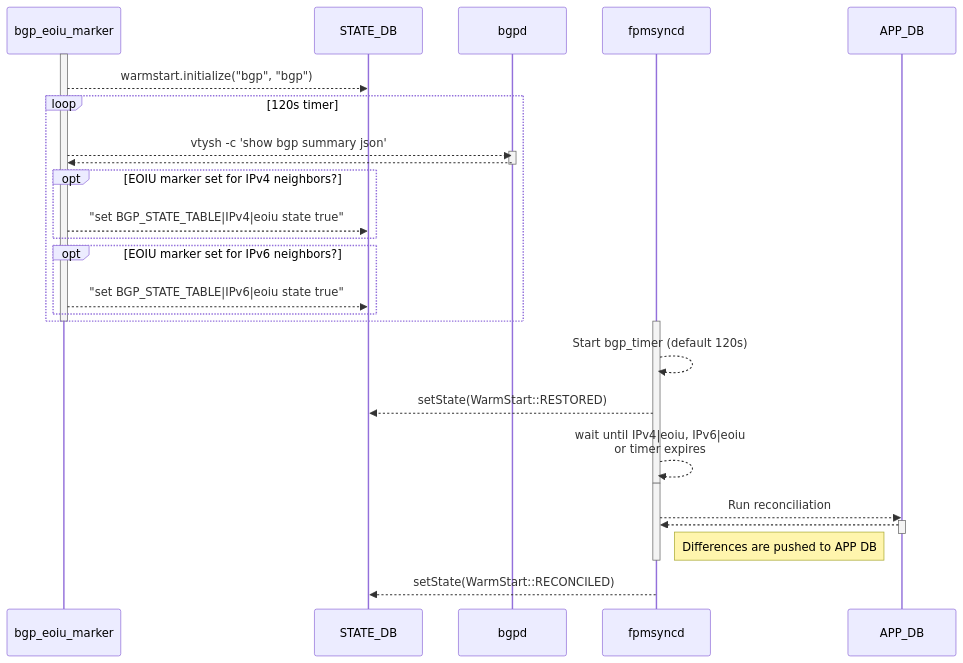
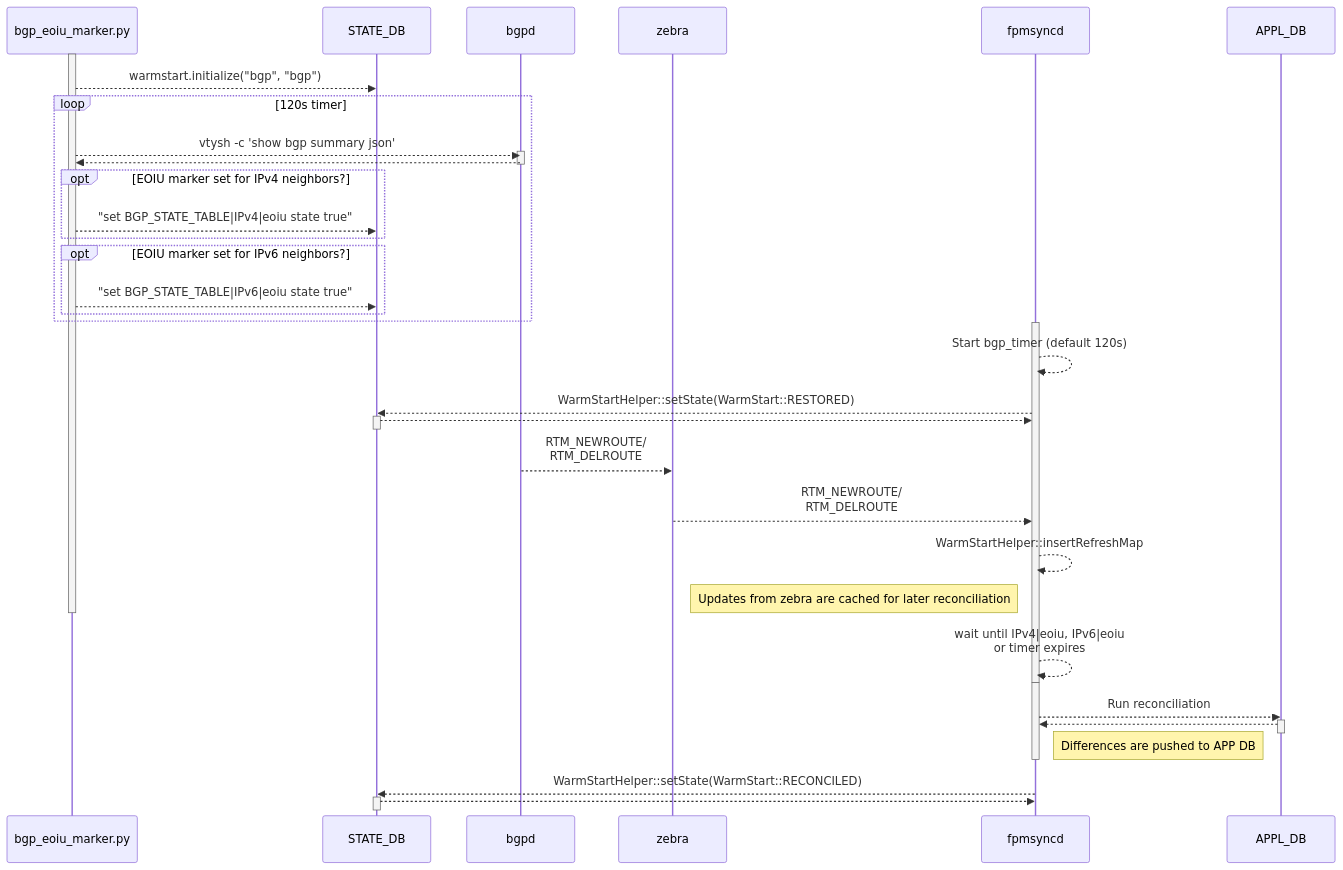
Before and after one commit to stepanblyschak/SONiC: diagram 14 of 14 in doc/warm-reboot/wb.md, drawn with Mermaid. The commit also changed other lines of this file, not shown here.

````diff
--- a/doc/warm-reboot/wb.md
+++ b/doc/warm-reboot/wb.md
@@ -692,39 +768,57 @@
 ```mermaid
 sequenceDiagram
-    activate bgp_eoiu_marker
-    bgp_eoiu_marker -->> STATE_DB: warmstart.initialize("bgp", "bgp")
+    participant bgp_eoiu_marker.py
+    participant STATE_DB
+    participant bgpd
+    participant zebra 
+    participant fpmsyncd
+    participant APPL_DB
+    
+    activate bgp_eoiu_marker.py
+    bgp_eoiu_marker.py -->> STATE_DB: warmstart.initialize("bgp", "bgp")
     loop 120s timer
 
           
-        bgp_eoiu_marker -->> bgpd: vtysh -c 'show bgp summary json'
+        bgp_eoiu_marker.py -->> bgpd: vtysh -c 'show bgp summary json'
         activate bgpd  
         deactivate bgpd
-        bgpd -->> bgp_eoiu_marker: 
+        bgpd -->> bgp_eoiu_marker.py: 
         opt EOIU marker set for IPv4 neighbors?
-            bgp_eoiu_marker -->> STATE_DB: "set BGP_STATE_TABLE|IPv4|eoiu state true"
+            bgp_eoiu_marker.py -->> STATE_DB: "set BGP_STATE_TABLE|IPv4|eoiu state true"
         end
         opt EOIU marker set for IPv6 neighbors?
-            bgp_eoiu_marker -->> STATE_DB: "set BGP_STATE_TABLE|IPv6|eoiu state true"
+            bgp_eoiu_marker.py -->> STATE_DB: "set BGP_STATE_TABLE|IPv6|eoiu state true"
         end
     end
-    
-    deactivate bgp_eoiu_marker
 
     activate fpmsyncd
     fpmsyncd -->> fpmsyncd: Start bgp_timer (default 120s)
-    fpmsyncd -->> STATE_DB: setState(WarmStart::RESTORED);
+    fpmsyncd -->> STATE_DB: WarmStartHelper::setState(WarmStart::RESTORED);
+    activate STATE_DB
+    STATE_DB -->> fpmsyncd: 
+    deactivate STATE_DB
+
+    bgpd -->> zebra: RTM_NEWROUTE/<br>RTM_DELROUTE
+    zebra -->> fpmsyncd: RTM_NEWROUTE/<br>RTM_DELROUTE 
+    fpmsyncd -->> fpmsyncd: WarmStartHelper::insertRefreshMap
+    note left of fpmsyncd:  Updates from zebra are cached for later reconciliation
+    
+    deactivate bgp_eoiu_marker.py
 
     fpmsyncd -->> fpmsyncd: wait until IPv4|eoiu, IPv6|eoiu<br/> or timer expires
     deactivate fpmsyncd
 
     activate fpmsyncd
-    fpmsyncd -->> APP_DB: Run reconciliation
-    activate APP_DB
-    APP_DB -->> fpmsyncd: 
-    deactivate APP_DB
+    fpmsyncd -->> APPL_DB: Run reconciliation
+    activate APPL_DB
+    APPL_DB -->> fpmsyncd: 
+    deactivate APPL_DB
     Note right of fpmsyncd: Differences are pushed to APP DB
 
     deactivate fpmsyncd
 
-    fpmsyncd -->> STATE_DB: setState(WarmStart::RECONCILED);
+    fpmsyncd -->> STATE_DB: WarmStartHelper::setState(WarmStart::RECONCILED);
+    activate STATE_DB
+    STATE_DB -->> fpmsyncd: 
+    deactivate STATE_DB
 ```
````
